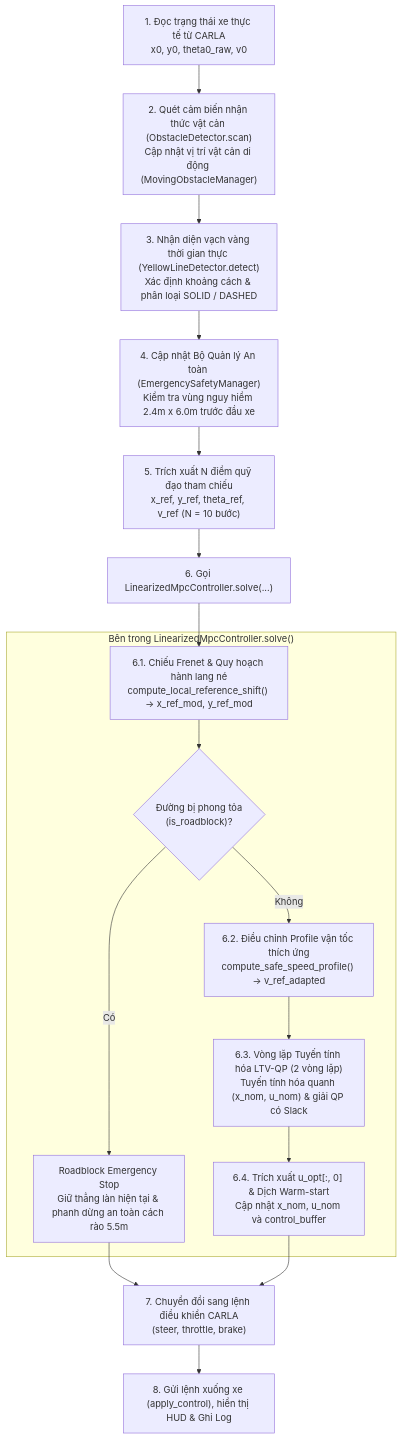
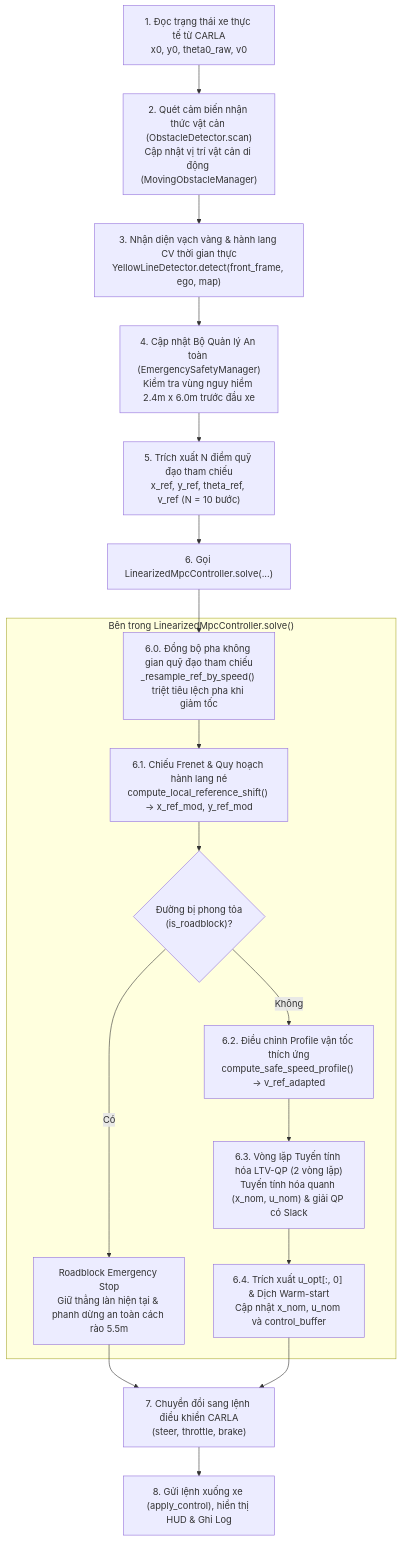
Before and after one commit to vinhle275/Carla-Autonomous-MPC: the diagram in TAI_LIEU_CHI_TIET_HE_THONG_LMPC.md, drawn with Mermaid. The commit also changed other lines of this file and 5 other files, not shown here.

````diff
--- a/TAI_LIEU_CHI_TIET_HE_THONG_LMPC.md
+++ b/TAI_LIEU_CHI_TIET_HE_THONG_LMPC.md
@@ -46,28 +46,30 @@
 ```mermaid
 flowchart TD
     A["1. Đọc trạng thái xe thực tế từ CARLA<br/>x0, y0, theta0_raw, v0"] --> B["2. Quét cảm biến nhận thức vật cản (ObstacleDetector.scan)<br/>Cập nhật vị trí vật cản di động (MovingObstacleManager)"]
-    B --> C["3. Nhận diện vạch vàng thời gian thực (YellowLineDetector.detect)<br/>Xác định khoảng cách & phân loại SOLID / DASHED"]
+    B --> C["3. Nhận diện vạch vàng & hành lang CV thời gian thực<br/>YellowLineDetector.detect(front_frame, ego, map)"]
     C --> D["4. Cập nhật Bộ Quản lý An toàn (EmergencySafetyManager)<br/>Kiểm tra vùng nguy hiểm 2.4m x 6.0m trước đầu xe"]
     D --> E["5. Trích xuất N điểm quỹ đạo tham chiếu<br/>x_ref, y_ref, theta_ref, v_ref (N = 10 bước)"]
     E --> F["6. Gọi LinearizedMpcController.solve(...)"]
     
     subgraph LMPC ["Bên trong LinearizedMpcController.solve()"]
+        F0["6.0. Đồng bộ pha không gian quỹ đạo tham chiếu<br/>_resample_ref_by_speed() triệt tiêu lệch pha khi giảm tốc"]
         F1["6.1. Chiếu Frenet & Quy hoạch hành lang né<br/>compute_local_reference_shift() -> x_ref_mod, y_ref_mod"]
         F2{"Đường bị phong tỏa<br/>(is_roadblock)?"}
         F3["Roadblock Emergency Stop<br/>Giữ thẳng làn hiện tại & phanh dừng an toàn cách rào 5.5m"]
         F4["6.2. Điều chỉnh Profile vận tốc thích ứng<br/>compute_safe_speed_profile() -> v_ref_adapted"]
         F5["6.3. Vòng lặp Tuyến tính hóa LTV-QP (2 vòng lặp)<br/>Tuyến tính hóa quanh (x_nom, u_nom) & giải QP có Slack"]
         F6["6.4. Trích xuất u_opt[:, 0] & Dịch Warm-start<br/>Cập nhật x_nom, u_nom và control_buffer"]
         
+        F0 --> F1
         F1 --> F2
         F2 -- "Có" --> F3
         F2 -- "Không" --> F4
         F4 --> F5
         F5 --> F6
     end
     
-    F --> F1
+    F --> F0
     F3 --> G["7. Chuyển đổi sang lệnh điều khiển CARLA<br/>(steer, throttle, brake)"]
     F6 --> G
     G --> H["8. Gửi lệnh xuống xe (apply_control), hiển thị HUD & Ghi Log"]
 ```
````
